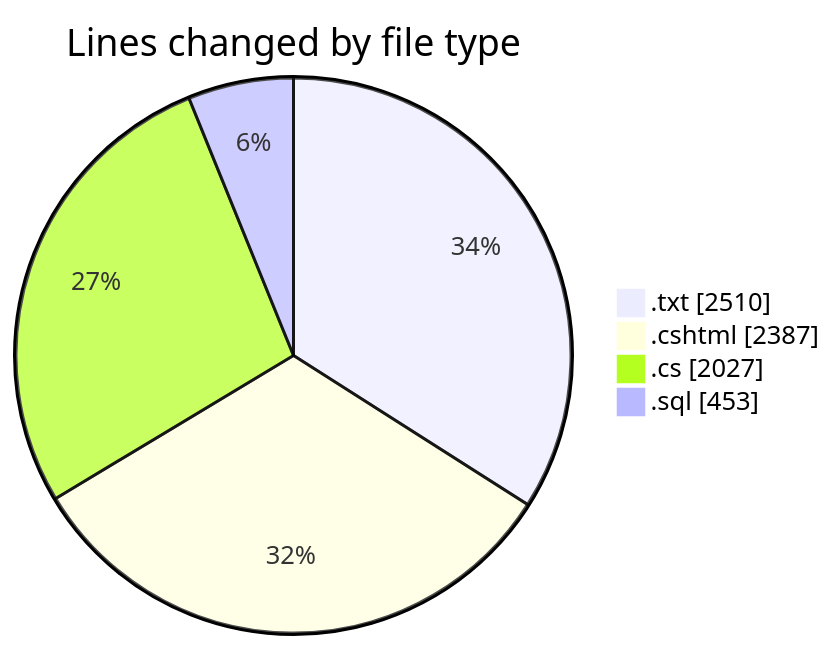
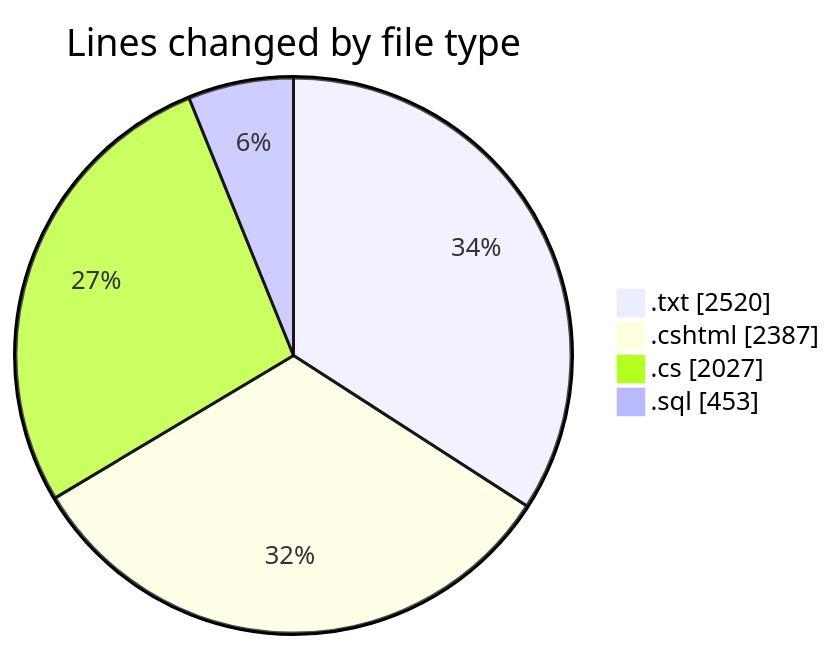
Before and after one commit to lephambinh05/code-tracking: the first of 2 diagrams in 2025-07-25/quanlyrapchieuphim-1/README.md, drawn with Mermaid. The commit also changed other lines of this file and 1 other file, not shown here.

````diff
--- a/2025-07-25/quanlyrapchieuphim-1/README.md
+++ b/2025-07-25/quanlyrapchieuphim-1/README.md
@@ -39,8 +39,8 @@
 ```mermaid
 pie showData
 title Lines changed by file type
-".txt" : 2510
+".txt" : 2520
 ".cshtml" : 2387
 ".cs" : 2027
 ".sql" : 453
 ```
````
